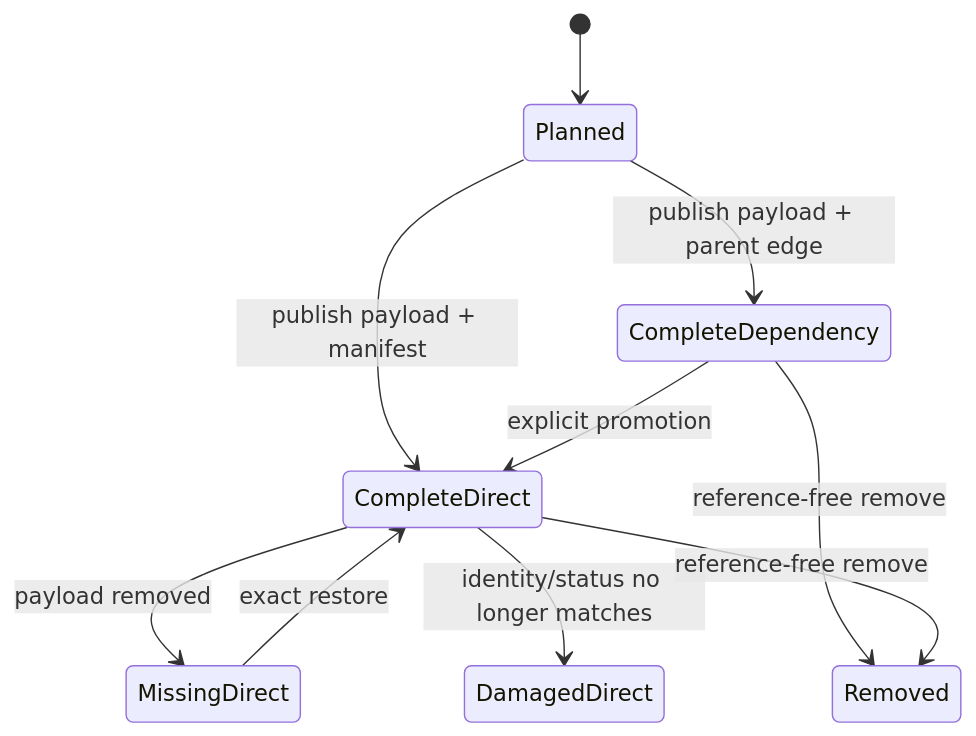
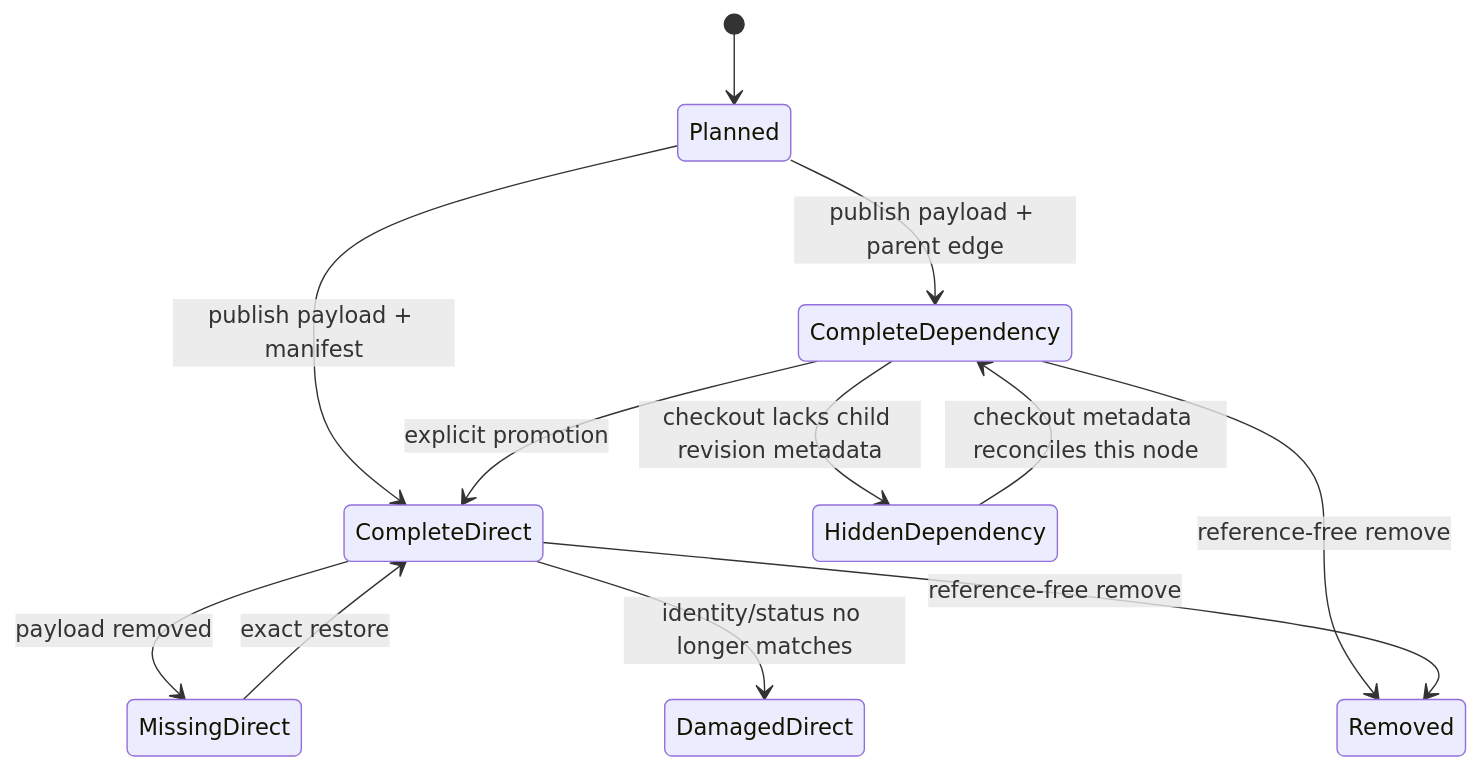
Before and after one commit to Viennan/doctidex: the diagram in docs/doctidex-git/architecture/models/external-installation-and-mapping.md, drawn with Mermaid. The commit also changed other lines of this file and 24 other files, not shown here.

````diff
--- a/docs/doctidex-git/architecture/models/external-installation-and-mapping.md
+++ b/docs/doctidex-git/architecture/models/external-installation-and-mapping.md
@@ -140,12 +156,14 @@
 ```mermaid
 stateDiagram-v2
     [*] --> Planned
     Planned --> CompleteDependency: publish payload + parent edge
     Planned --> CompleteDirect: publish payload + manifest
     CompleteDependency --> CompleteDirect: explicit promotion
     CompleteDirect --> MissingDirect: payload removed
     MissingDirect --> CompleteDirect: exact restore
     CompleteDirect --> DamagedDirect: identity/status no longer matches
+    CompleteDependency --> HiddenDependency: checkout lacks child revision metadata
+    HiddenDependency --> CompleteDependency: checkout metadata reconciles this node
     CompleteDependency --> Removed: reference-free remove
     CompleteDirect --> Removed: reference-free remove
 ```
````
